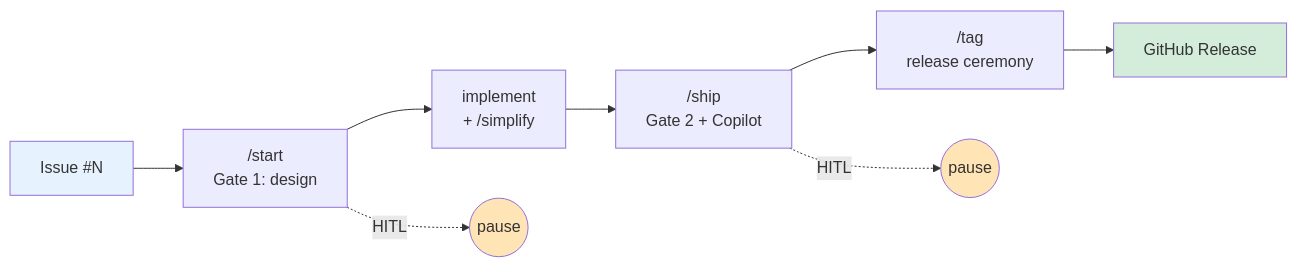
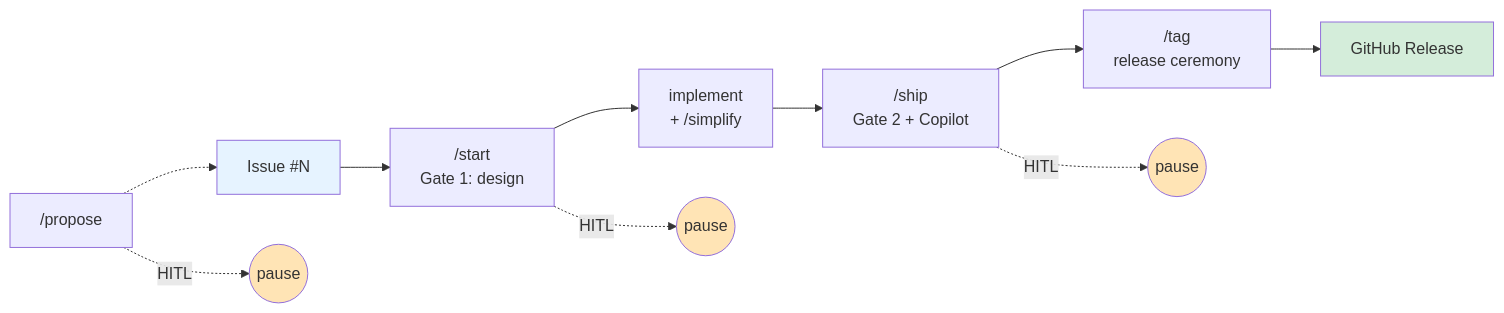
The diagram in README.md (JFK/gh-issue-driven), drawn with Mermaid before and after one commit. The commit also changed other lines of this file and 1 other file, not shown here.

````diff
--- a/README.md
+++ b/README.md
@@ -13,16 +13,19 @@
 ```mermaid
 graph LR
-    I[Issue #N] --> S["/start<br/>Gate 1: design"]
+    P["/propose"] -.-> I[Issue #N]
+    I --> S["/start<br/>Gate 1: design"]
     S --> IMP["implement<br/>+ /simplify"]
     IMP --> SH["/ship<br/>Gate 2 + Copilot"]
     SH --> T["/tag<br/>release ceremony"]
     T --> R[GitHub Release]
 
+    P -.HITL.-> H0((pause))
     S -.HITL.-> H1((pause))
     SH -.HITL.-> H2((pause))
 
+    style H0 fill:#ffe4b5
     style H1 fill:#ffe4b5
     style H2 fill:#ffe4b5
     style I fill:#e6f3ff
     style R fill:#d4edda
 ```
````
